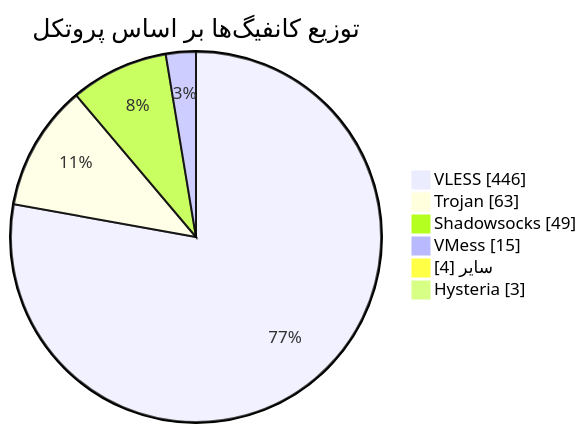
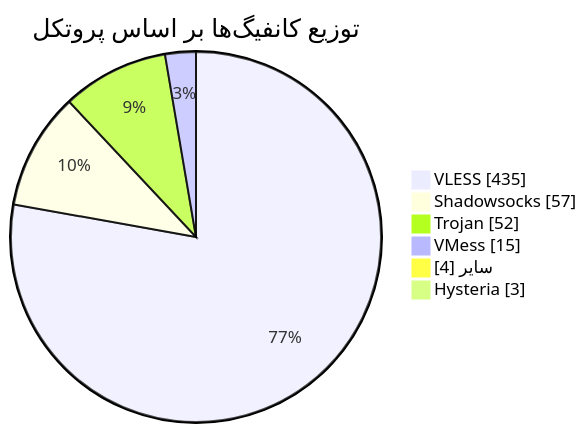
The diagram in README.md (Arian-Alijani/Somthing), drawn with Mermaid before and after one commit. The commit also changed other lines of this file and 15 other files, not shown here.

````diff
--- a/README.md
+++ b/README.md
@@ -48,10 +48,10 @@
 ```mermaid
 pie showData
     title توزیع کانفیگ‌ها بر اساس پروتکل
-    "VLESS" : 446
-    "Trojan" : 63
-    "Shadowsocks" : 49
+    "VLESS" : 435
+    "Shadowsocks" : 57
+    "Trojan" : 52
     "VMess" : 15
     "سایر" : 4
     "Hysteria" : 3
 ```
````
